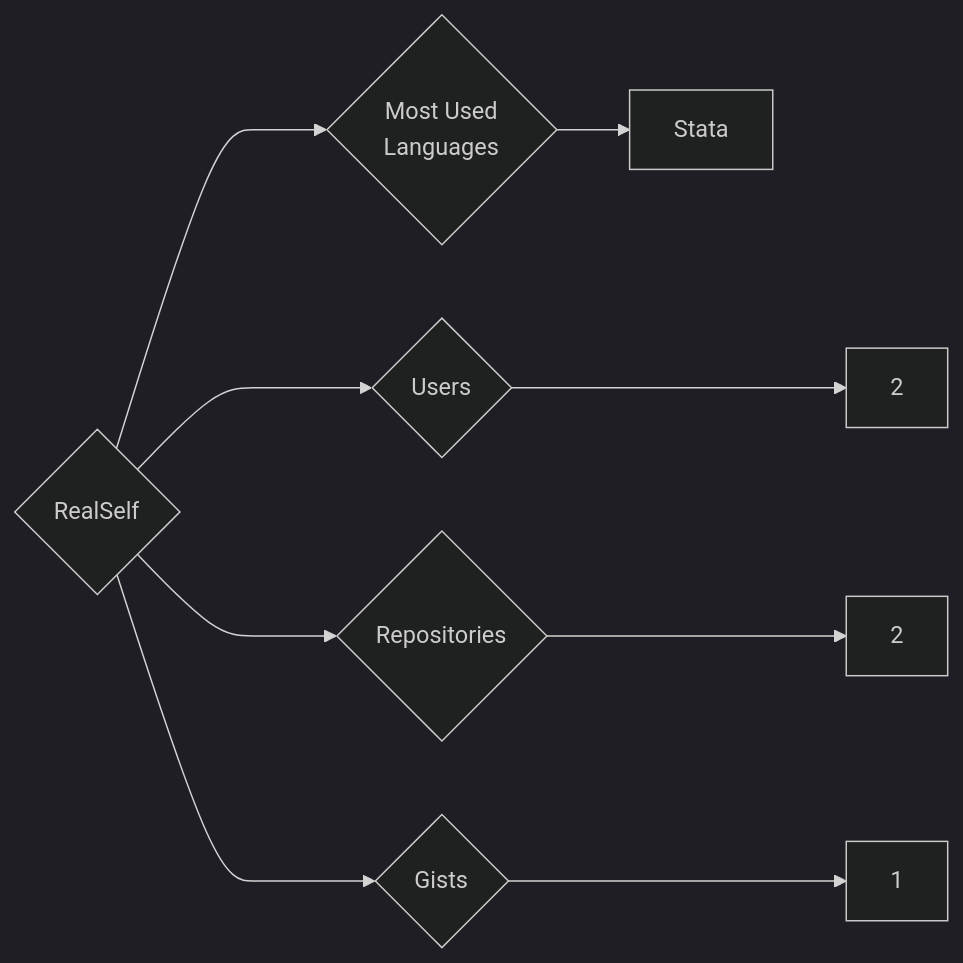
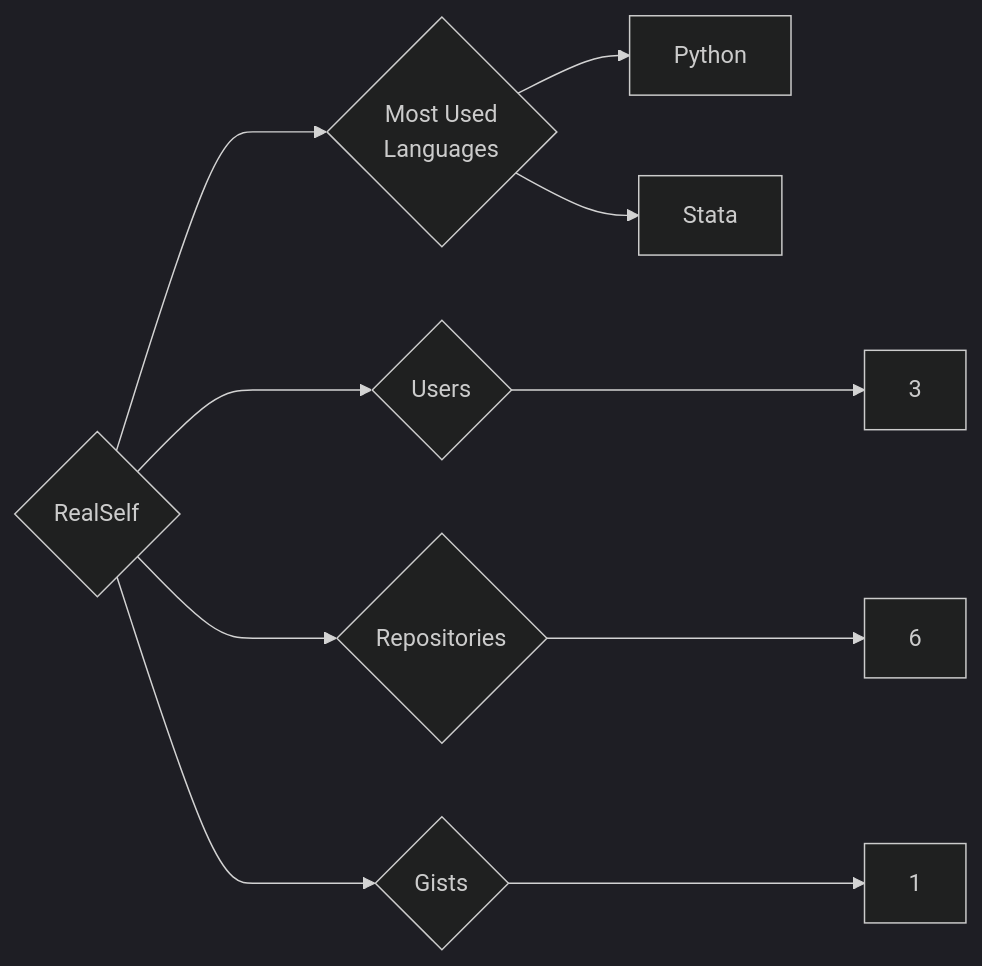
The diagram in targets/RealSelf/README.md (trickest/insiders), drawn with Mermaid (dark theme) before and after one commit. The commit also changed 1484 other files, not shown here.

````diff
--- a/targets/RealSelf/README.md
+++ b/targets/RealSelf/README.md
@@ -3,9 +3,10 @@
 ```mermaid
 graph LR
 COMPANY_NAME{RealSelf}
-COMPANY_NAME ---> U{Users} ---> UN[2]
-COMPANY_NAME ---> R{Repositories} ---> RN[2]
+COMPANY_NAME ---> U{Users} ---> UN[3]
+COMPANY_NAME ---> R{Repositories} ---> RN[6]
 COMPANY_NAME ---> G{Gists} ---> GN[1]
 COMPANY_NAME ---> ML{Most Used<br>Languages}
+ML --> Python[Python]
 ML --> Stata[Stata]
 ```
````
